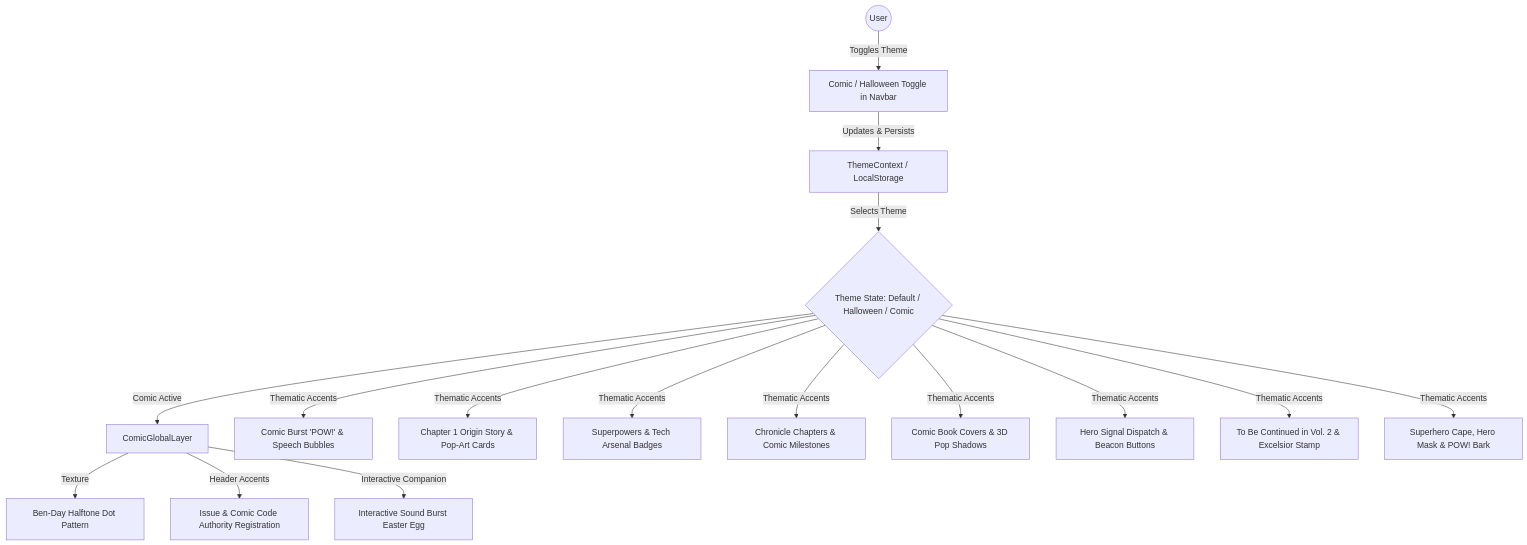
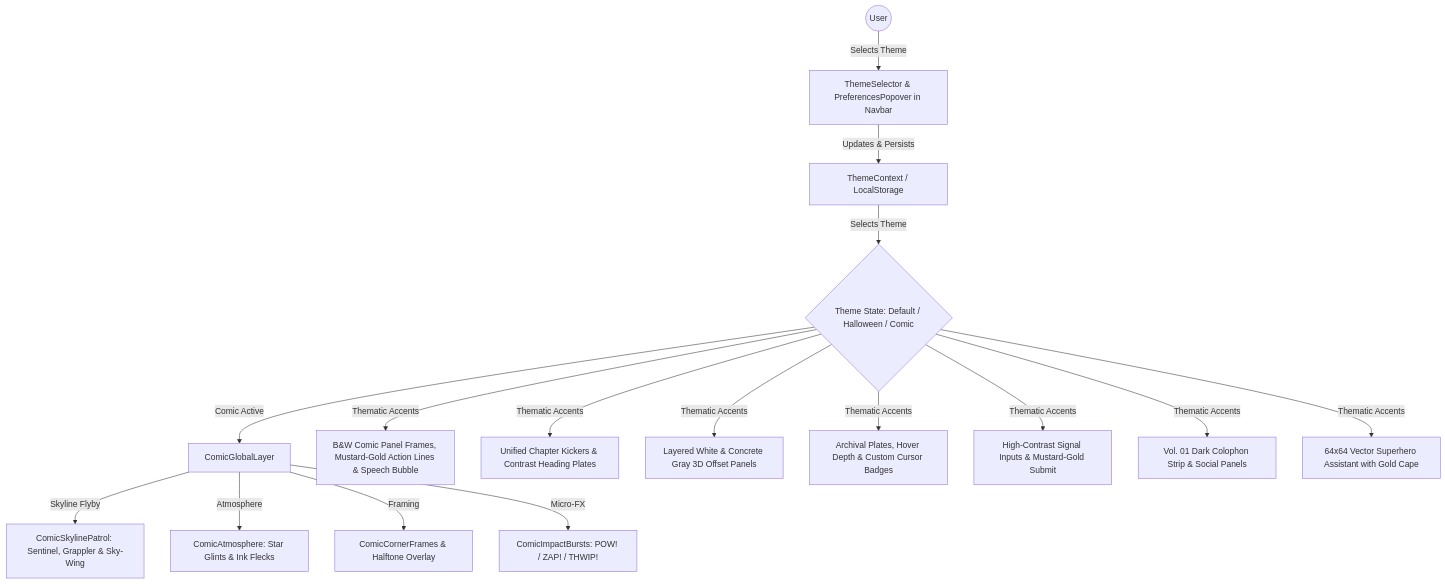
One commit to VARA4u-tech/Vara-s--Portfolio changed the second of 4 diagrams in README.md. Above: the diagram before and after it, drawn with Mermaid. The commit also changed other lines of this file, not shown here.

Commit message:
feat: refine Comic Book theme to Retro Comic Press with enhanced visuals and interactive elements

````diff
--- a/README.md
+++ b/README.md
@@ -80,20 +87,20 @@
 ```mermaid
 graph TD
-    User((User)) -->|Toggles Theme| ThemeToggle[Comic / Halloween Toggle in Navbar]
+    User((User)) -->|Selects Theme| ThemeToggle[ThemeSelector & PreferencesPopover in Navbar]
     ThemeToggle -->|Updates & Persists| ThemeContext[ThemeContext / LocalStorage]
     ThemeContext -->|Selects Theme| ThemeEngine{Theme State: Default / Halloween / Comic}
 
     ThemeEngine -->|Comic Active| ComicLayer[ComicGlobalLayer]
-    ComicLayer -->|Texture| HalftoneOverlay[Ben-Day Halftone Dot Pattern]
-    ComicLayer -->|Header Accents| ComicRegistration[Issue & Comic Code Authority Registration]
-    ComicLayer -->|Interactive Companion| ComicBurstEasterEgg[Interactive Sound Burst Easter Egg]
+    ComicLayer -->|Skyline Flyby| HeroPatrol[ComicSkylinePatrol: Sentinel, Grappler & Sky-Wing]
+    ComicLayer -->|Atmosphere| ComicMotes[ComicAtmosphere: Star Glints & Ink Flecks]
+    ComicLayer -->|Framing| ComicCorners[ComicCornerFrames & Halftone Overlay]
+    ComicLayer -->|Micro-FX| ComicBursts[ComicImpactBursts: POW! / ZAP! / THWIP!]
 
-    ThemeEngine -->|Thematic Accents| HeroSection[Comic Burst 'POW!' & Speech Bubbles]
-    ThemeEngine -->|Thematic Accents| AboutSection[Chapter 1 Origin Story & Pop-Art Cards]
-    ThemeEngine -->|Thematic Accents| SkillsSection[Superpowers & Tech Arsenal Badges]
-    ThemeEngine -->|Thematic Accents| ExperienceSection[Chronicle Chapters & Comic Milestones]
-    ThemeEngine -->|Thematic Accents| ProjectCards[Comic Book Covers & 3D Pop Shadows]
-    ThemeEngine -->|Thematic Accents| ContactSection[Hero Signal Dispatch & Beacon Buttons]
-    ThemeEngine -->|Thematic Accents| FinaleFooter[To Be Continued in Vol. 2 & Excelsior Stamp]
-    ThemeEngine -->|Thematic Accents| PixelPet[Superhero Cape, Hero Mask & POW! Bark]
+    ThemeEngine -->|Thematic Accents| HeroSection[B&W Comic Panel Frames, Mustard-Gold Action Lines & Speech Bubble]
+    ThemeEngine -->|Thematic Accents| SectionHeaders[Unified Chapter Kickers & Contrast Heading Plates]
+    ThemeEngine -->|Thematic Accents| LayeredPanels[Layered White & Concrete Gray 3D Offset Panels]
+    ThemeEngine -->|Thematic Accents| ProjectCards[Archival Plates, Hover Depth & Custom Cursor Badges]
+    ThemeEngine -->|Thematic Accents| ContactSection[High-Contrast Signal Inputs & Mustard-Gold Submit]
+    ThemeEngine -->|Thematic Accents| FinaleFooter[Vol. 01 Dark Colophon Strip & Social Panels]
+    ThemeEngine -->|Thematic Accents| PixelPet[64x64 Vector Superhero Assistant with Gold Cape]
 ```
````
